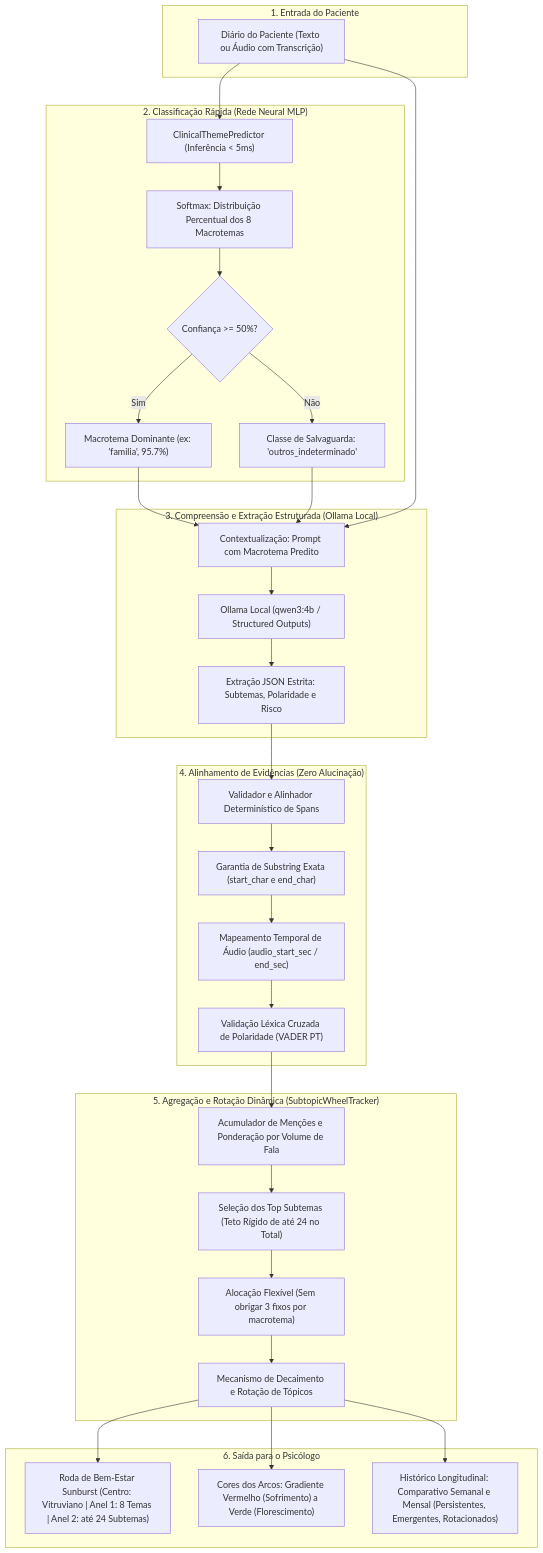
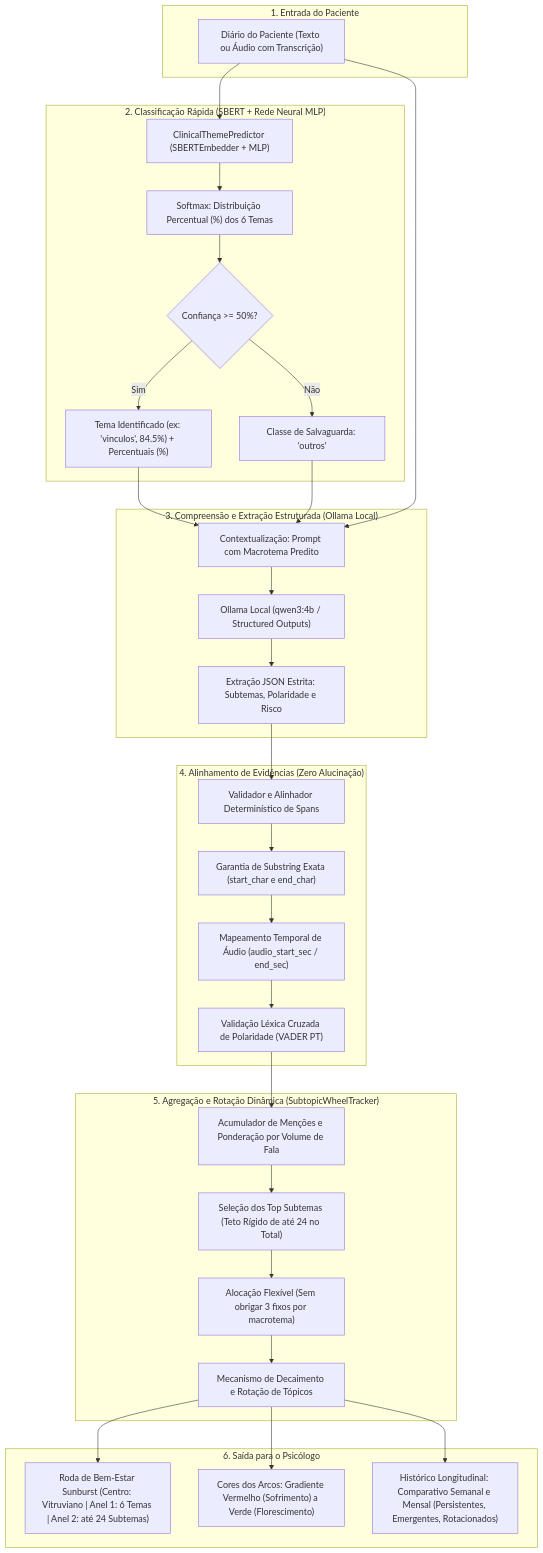
Before and after one commit to 007-Licensa-Para-Executar/challenge-2-base: the first of 2 diagrams in docs/agente-1-flow.md, drawn with Mermaid. The commit also changed other lines of this file and 18 other files, not shown here.

Commit message:
Refactor neural network implementation to classify 6 clinical themes using SBERT embeddings; update documentation and roadmap accordingly.

````diff
--- a/docs/agente-1-flow.md
+++ b/docs/agente-1-flow.md
@@ -25,61 +25,61 @@
 ```mermaid
 flowchart TD
     subgraph Entrada["1. Entrada do Paciente"]
         A["Diário do Paciente (Texto ou Áudio com Transcrição)"]
     end
 
-    subgraph CamadaNeural["2. Classificação Rápida (Rede Neural MLP)"]
-        B["ClinicalThemePredictor (Inferência &lt; 5ms)"]
-        C["Softmax: Distribuição Percentual dos 8 Macrotemas"]
+    subgraph CamadaNeural["2. Classificação Rápida (SBERT + Rede Neural MLP)"]
+        B["ClinicalThemePredictor (SBERTEmbedder + MLP)"]
+        C["Softmax: Distribuição Percentual (%) dos 6 Temas"]
         D{"Confiança &gt;= 50%?"}
-        E["Macrotema Dominante (ex: 'familia', 95.7%)"]
-        F["Classe de Salvaguarda: 'outros_indeterminado'"]
+        E["Tema Identificado (ex: 'vinculos', 84.5%) + Percentuais (%)"]
+        F["Classe de Salvaguarda: 'outros'"]
         
         B --> C --> D
         D -- Sim --> E
         D -- Não --> F
     end
 
     subgraph Agente1LLM["3. Compreensão e Extração Estruturada (Ollama Local)"]
         G["Contextualização: Prompt com Macrotema Predito"]
         H["Ollama Local (qwen3:4b / Structured Outputs)"]
         I["Extração JSON Estrita: Subtemas, Polaridade e Risco"]
         
         G --> H --> I
     end
 
     subgraph ValidacaoExplicabilidade["4. Alinhamento de Evidências (Zero Alucinação)"]
         J["Validador e Alinhador Determinístico de Spans"]
         K["Garantia de Substring Exata (start_char e end_char)"]
         L["Mapeamento Temporal de Áudio (audio_start_sec / end_sec)"]
         M["Validação Léxica Cruzada de Polaridade (VADER PT)"]
         
         J --> K --> L --> M
     end
 
     subgraph MotorDaRoda["5. Agregação e Rotação Dinâmica (SubtopicWheelTracker)"]
         N["Acumulador de Menções e Ponderação por Volume de Fala"]
         O["Seleção dos Top Subtemas (Teto Rígido de até 24 no Total)"]
         P["Alocação Flexível (Sem obrigar 3 fixos por macrotema)"]
         Q["Mecanismo de Decaimento e Rotação de Tópicos"]
         
         N --> O --> P --> Q
     end
 
     subgraph VisualizacaoPlataforma["6. Saída para o Psicólogo"]
-        R["Roda de Bem-Estar Sunburst (Centro: Vitruviano | Anel 1: 8 Temas | Anel 2: até 24 Subtemas)"]
+        R["Roda de Bem-Estar Sunburst (Centro: Vitruviano | Anel 1: 6 Temas | Anel 2: até 24 Subtemas)"]
         S["Cores dos Arcos: Gradiente Vermelho (Sofrimento) a Verde (Florescimento)"]
         T["Histórico Longitudinal: Comparativo Semanal e Mensal (Persistentes, Emergentes, Rotacionados)"]
         
         Q --> R
         Q --> S
         Q --> T
     end
 
     A --> B
     E --> G
     F --> G
     A --> G
     I --> J
     M --> N
 ```
````
